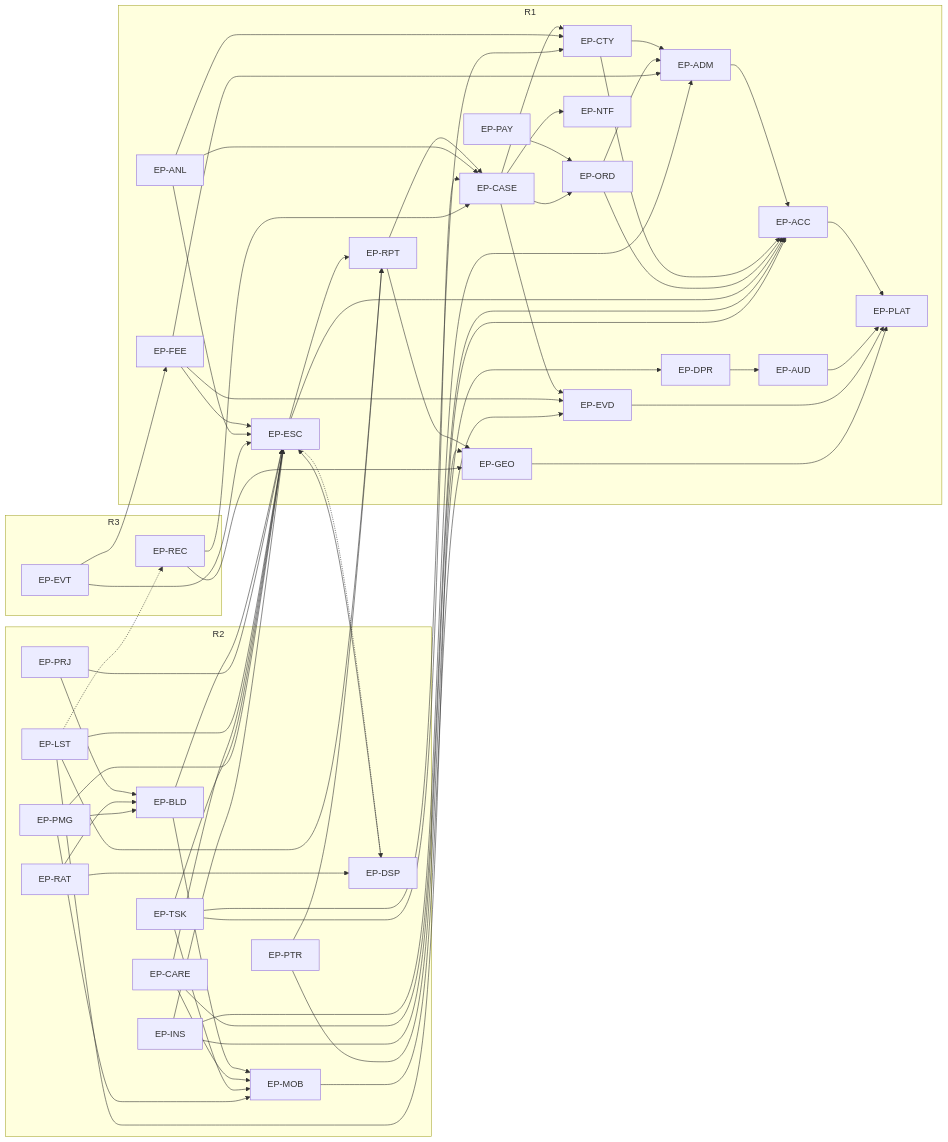
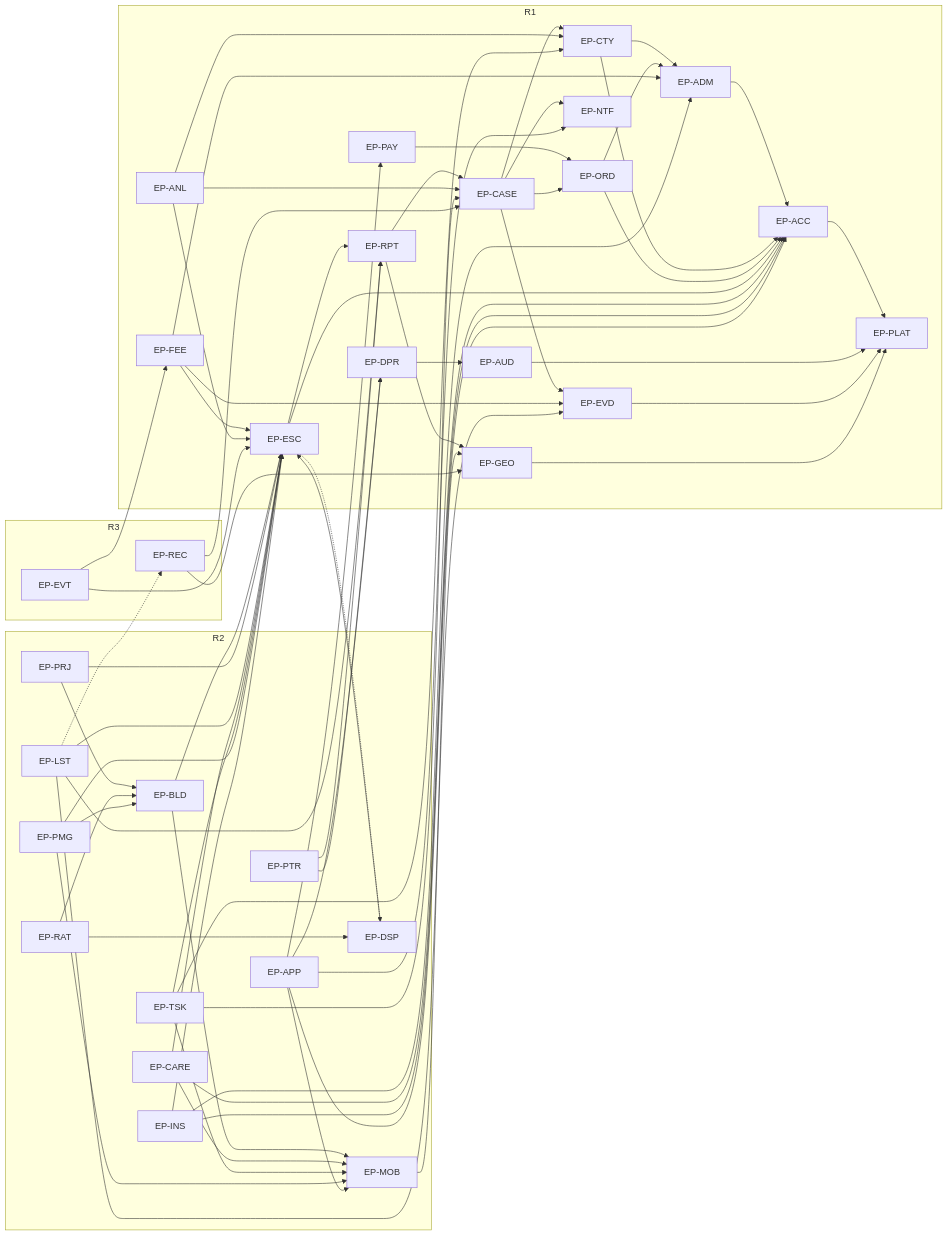
One commit to 1SteveMens/Fidero changed the second of 2 diagrams in docs/specs/04-project-plan-and-backlog.md. Above: the diagram before and after it, drawn with Mermaid. The commit also changed other lines of this file and 5 other files, not shown here.

```diff
--- a/docs/specs/04-project-plan-and-backlog.md
+++ b/docs/specs/04-project-plan-and-backlog.md
@@ -1773,6 +1855,7 @@
         TSK["EP-TSK"]
         PMG["EP-PMG"]
         INS["EP-INS"]
+        APP["EP-APP"]
     end
     subgraph R3
         REC["EP-REC"]
@@ -1830,6 +1913,11 @@
     INS --> ACC
     INS --> ESC
     INS --> ADM
+    APP --> MOB
+    APP --> ACC
+    APP --> NTF
+    APP --> PAY
+    APP --> DPR
     REC --> GEO
     REC --> CASE
     LST -.-> REC
```
